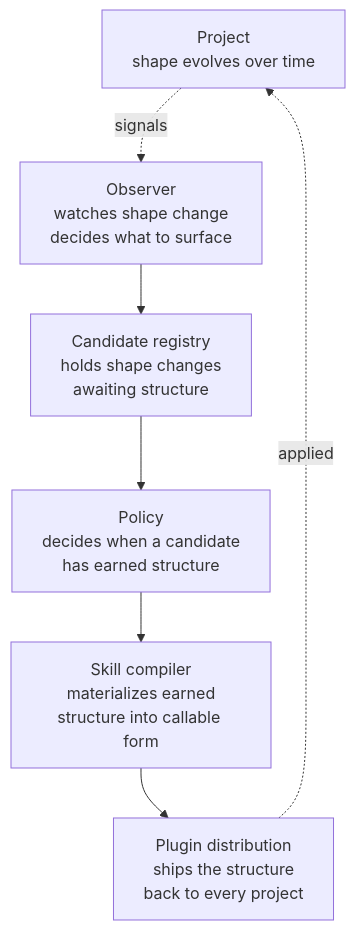
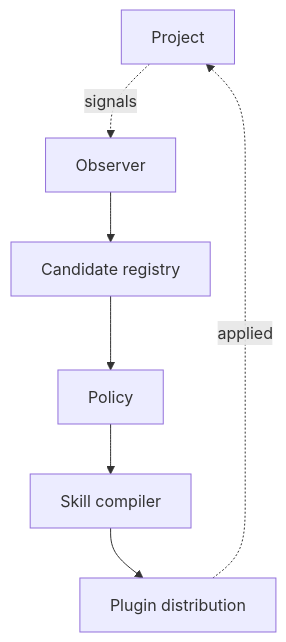
One commit to Lizo-RoadTown/tapestry changed the first of 2 diagrams in apps/docs-site/src/content/docs/explanation/the-observer.md. Above: the diagram before and after it, drawn with Mermaid. The commit also changed other lines of this file and 4 other files, not shown here.

````diff
--- a/apps/docs-site/src/content/docs/explanation/the-observer.md
+++ b/apps/docs-site/src/content/docs/explanation/the-observer.md
@@ -22,15 +8,15 @@
 ```mermaid
 flowchart TB
-    P[Project<br/>shape evolves over time]
-    OBS[Observer<br/>watches shape change<br/>decides what to surface]
-    CR[Candidate registry<br/>holds shape changes<br/>awaiting structure]
-    POL[Policy<br/>decides when a candidate<br/>has earned structure]
-    SC[Skill compiler<br/>materializes earned<br/>structure into callable form]
-    PL[Plugin distribution<br/>ships the structure<br/>back to every project]
+    P[Project]
+    OBS[Observer]
+    CR[Candidate registry]
+    POL[Policy]
+    SC[Skill compiler]
+    PL[Plugin distribution]
     P -.signals.-> OBS
     OBS --> CR
     CR --> POL
     POL --> SC
     SC --> PL
     PL -.applied.-> P
 ```
````
